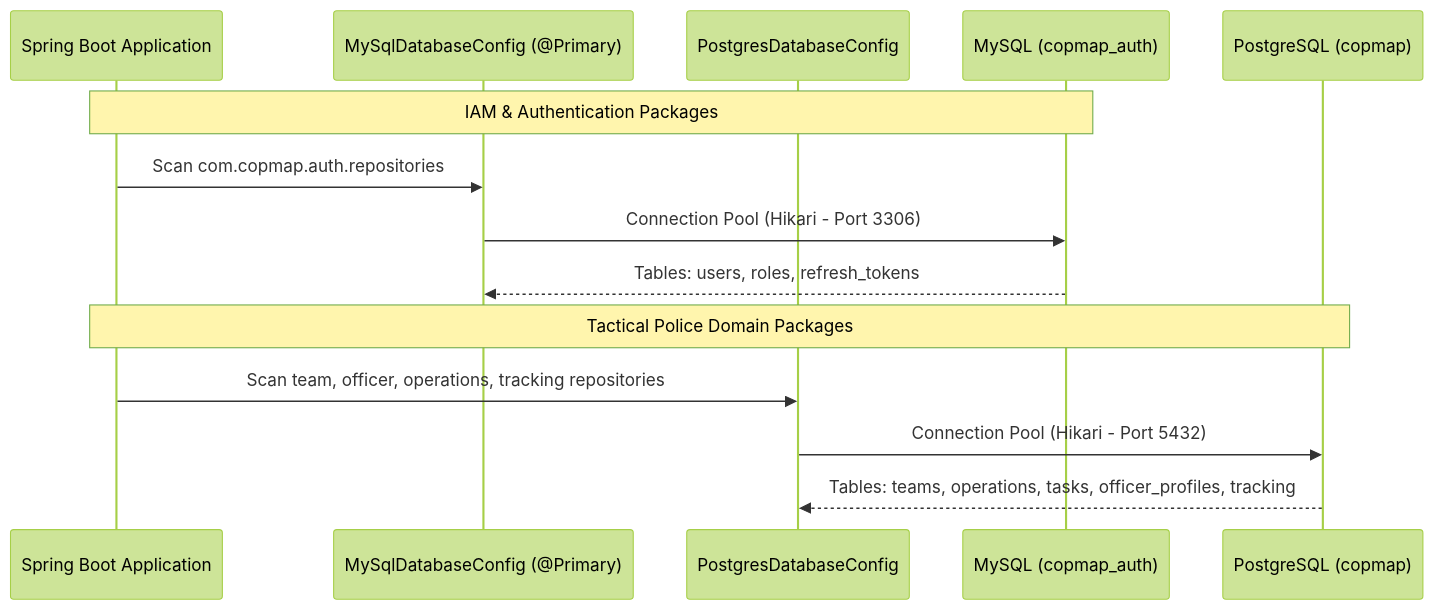
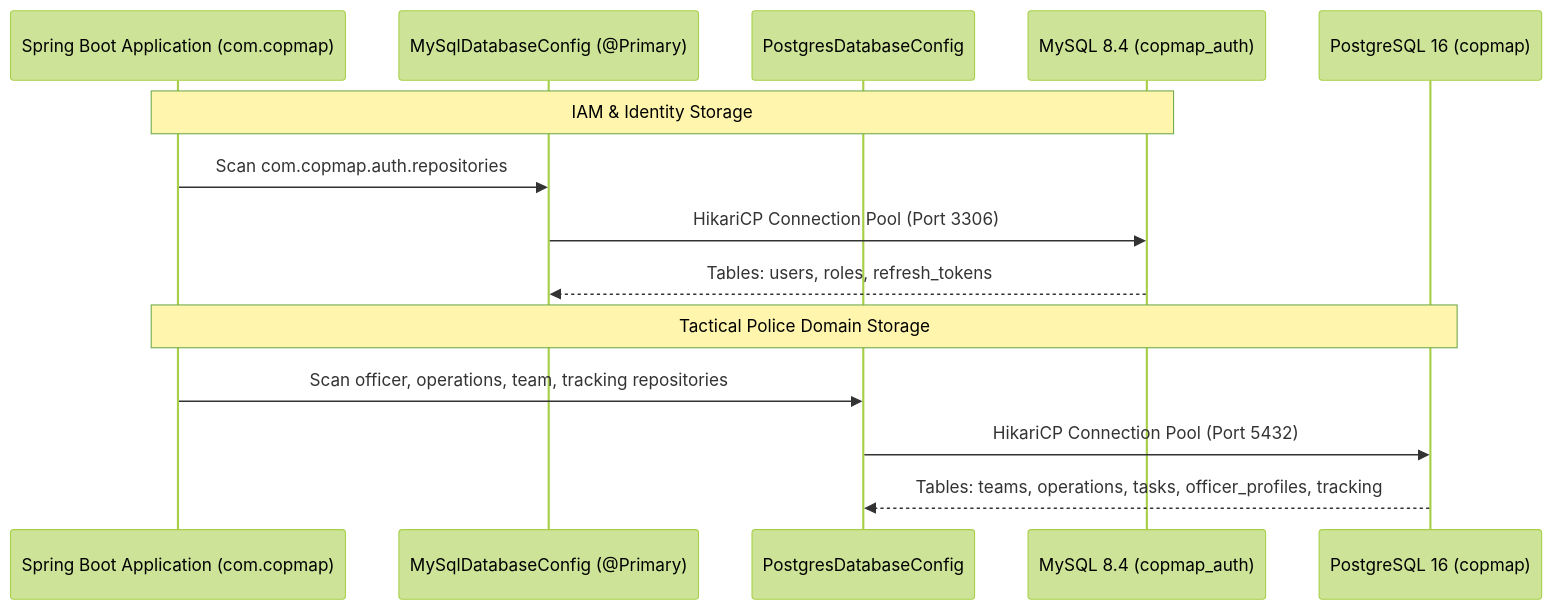
The second of 7 diagrams in README.md (Anantctrl/CMP), drawn with Mermaid (forest theme) before and after one commit. The commit also changed other lines of this file, not shown here.

Commit message:
docs(readme): audit and align all architectural claims, endpoints, and setup instructions with actual codebase

````diff
--- a/README.md
+++ b/README.md
@@ -116,18 +119,18 @@
 ```mermaid
 sequenceDiagram
-    participant App as Spring Boot Application
+    participant App as Spring Boot Application (com.copmap)
     participant MSConfig as MySqlDatabaseConfig (@Primary)
     participant PGConfig as PostgresDatabaseConfig
-    participant MySQLDB as MySQL (copmap_auth)
-    participant PGDB as PostgreSQL (copmap)
+    participant MySQLDB as MySQL 8.4 (copmap_auth)
+    participant PGDB as PostgreSQL 16 (copmap)
 
-    Note over App,MySQLDB: IAM & Authentication Packages
+    Note over App,MySQLDB: IAM & Identity Storage
     App->>MSConfig: Scan com.copmap.auth.repositories
-    MSConfig->>MySQLDB: Connection Pool (Hikari - Port 3306)
+    MSConfig->>MySQLDB: HikariCP Connection Pool (Port 3306)
     MySQLDB-->>MSConfig: Tables: users, roles, refresh_tokens
 
-    Note over App,PGDB: Tactical Police Domain Packages
-    App->>PGConfig: Scan team, officer, operations, tracking repositories
-    PGConfig->>PGDB: Connection Pool (Hikari - Port 5432)
+    Note over App,PGDB: Tactical Police Domain Storage
+    App->>PGConfig: Scan officer, operations, team, tracking repositories
+    PGConfig->>PGDB: HikariCP Connection Pool (Port 5432)
     PGDB-->>PGConfig: Tables: teams, operations, tasks, officer_profiles, tracking
 ```
````
